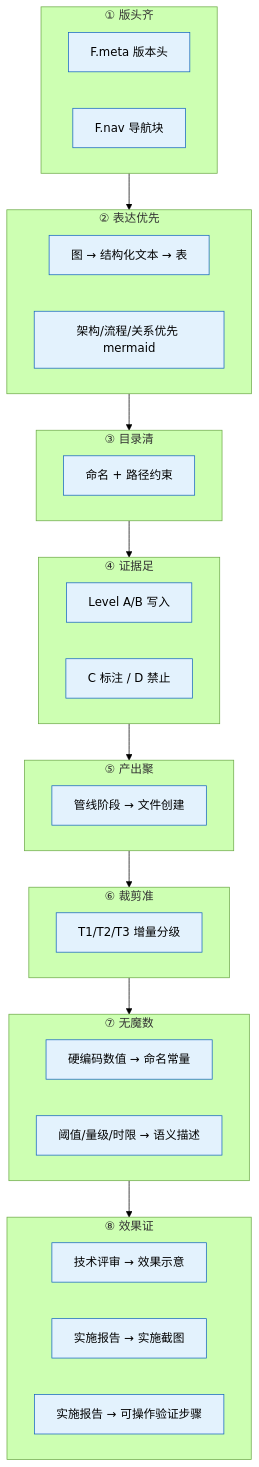
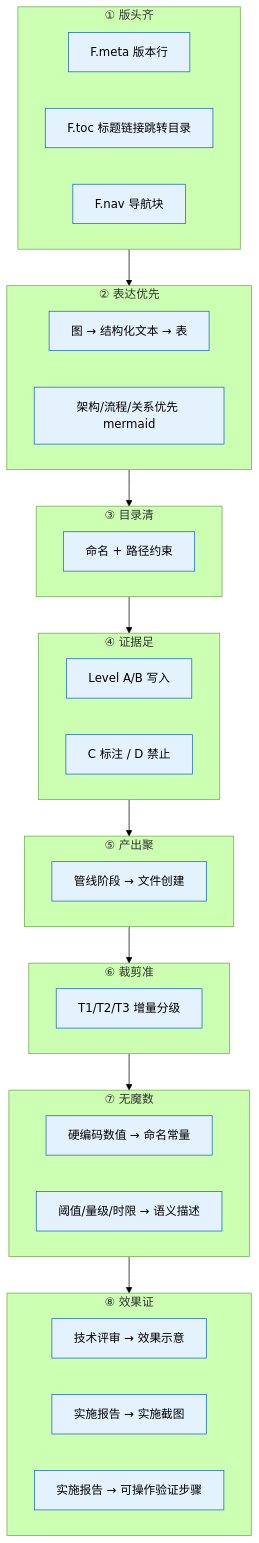
One commit to effiy/YrY changed the first of 11 diagrams in rules/doc-generation.md. Above: the diagram before and after it, drawn with Mermaid (forest theme). The commit also changed other lines of this file and 20 other files, not shown here.

````diff
--- a/rules/doc-generation.md
+++ b/rules/doc-generation.md
@@ -27,37 +32,38 @@
 ```mermaid
 flowchart TB
     subgraph C1["① 版头齐"]
-        H1["F.meta 版本头"]:::c
-        H2["F.nav 导航块"]:::c
+        H1["F.meta 版本行"]:::c
+        H2["F.toc 标题链接跳转目录"]:::c
+        H3["F.nav 导航块"]:::c
     end
     subgraph C2["② 表达优先"]
         G1["图 → 结构化文本 → 表"]:::c
         G2["架构/流程/关系优先 mermaid"]:::c
     end
     subgraph C3["③ 目录清"]
         D1["命名 + 路径约束"]:::c
     end
     subgraph C4["④ 证据足"]
         E1["Level A/B 写入"]:::c
         E2["C 标注 / D 禁止"]:::c
     end
     subgraph C5["⑤ 产出聚"]
         O1["管线阶段 → 文件创建"]:::c
     end
     subgraph C6["⑥ 裁剪准"]
         T1["T1/T2/T3 增量分级"]:::c
     end
     subgraph C7["⑦ 无魔数"]
         N1["硬编码数值 → 命名常量"]:::c
         N2["阈值/量级/时限 → 语义描述"]:::c
     end
     subgraph C8["⑧ 效果证"]
         V1["技术评审 → 效果示意"]:::c
         V2["实施报告 → 实施截图"]:::c
         V3["实施报告 → 可操作验证步骤"]:::c
     end
 
     C1 --> C2 --> C3 --> C4 --> C5 --> C6 --> C7 --> C8
 
     classDef c fill:#e3f2fd,stroke:#1565c0;
 ```
````
